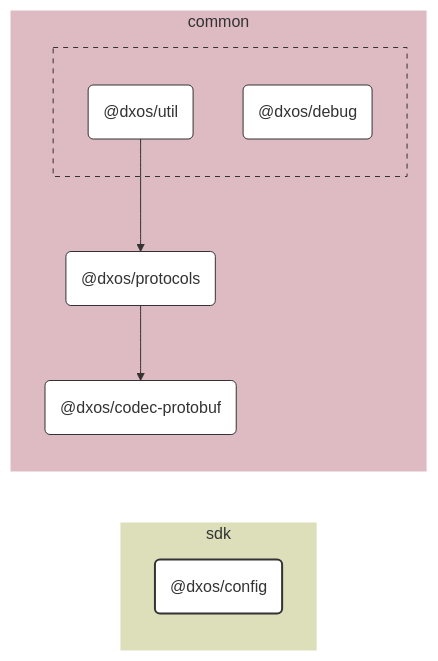
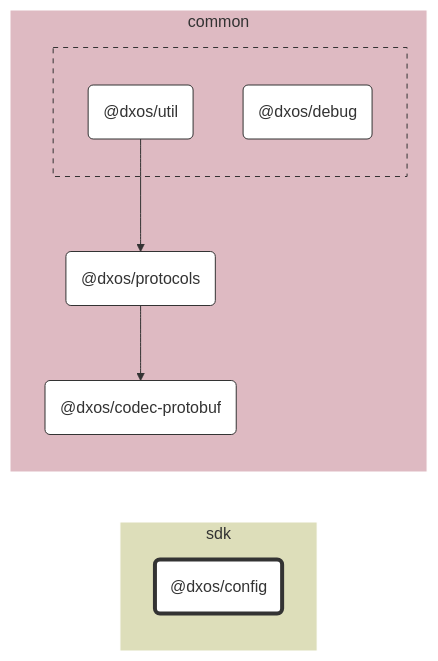
The diagram in packages/sdk/config/docs/README.md (dxos/dxos), drawn with Mermaid before and after one commit. The commit also changed 86 other files, not shown here.

````diff
--- a/packages/sdk/config/docs/README.md
+++ b/packages/sdk/config/docs/README.md
@@ -7,49 +7,49 @@
 ```mermaid
 %%{ init: {'flowchart':{'curve':'basis'}} }%%
 
 flowchart LR
 
 %% Links
 dxos/protocols --> dxos/codec-protobuf;
 dxos/util --> dxos/protocols;
 
 %% Sections
 subgraph sdk
   style sdk fill:#dddeba,stroke:#fff;
 
   dxos/config("@dxos/config")
 end
 
 subgraph common
   style common fill:#debac2,stroke:#fff;
 
   dxos/codec-protobuf("@dxos/codec-protobuf")
   dxos/protocols("@dxos/protocols")
 
   subgraph common-excluded [ ]
     style common-excluded fill:#debac2,stroke:#333,stroke-dasharray:5 5;
 
     dxos/debug("@dxos/debug")
     dxos/util("@dxos/util")
   end
 end
 
 
 %% Hyperlinks
 click dxos/codec-protobuf "dxos/dxos/tree/main/packages/common/codec-protobuf/docs";
 click dxos/debug "dxos/dxos/tree/main/packages/common/debug/docs";
 click dxos/protocols "dxos/dxos/tree/main/packages/common/protocols/docs";
 click dxos/util "dxos/dxos/tree/main/packages/common/util/docs";
 
 %% Styles
-classDef rootNode fill:#fff,stroke:#333,stroke-width:2px
+classDef rootNode fill:#fff,stroke:#333,stroke-width:4px
 classDef defaultNode fill:#fff,stroke:#333,stroke-width:1px
 linkStyle default stroke:#333,stroke-width:1px
 
 dxos/config:::rootNode
 
 dxos/codec-protobuf:::defaultNode
 dxos/debug:::defaultNode
 dxos/protocols:::defaultNode
 dxos/util:::defaultNode
 ```
````
